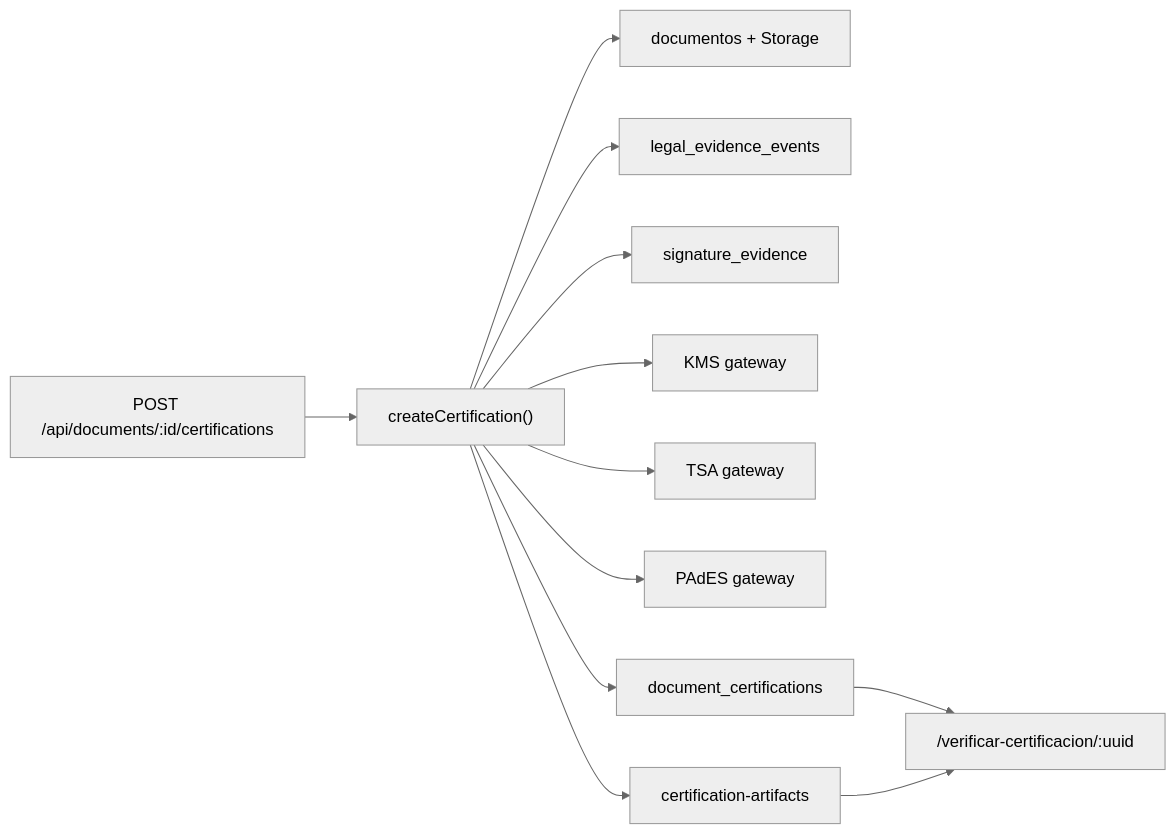
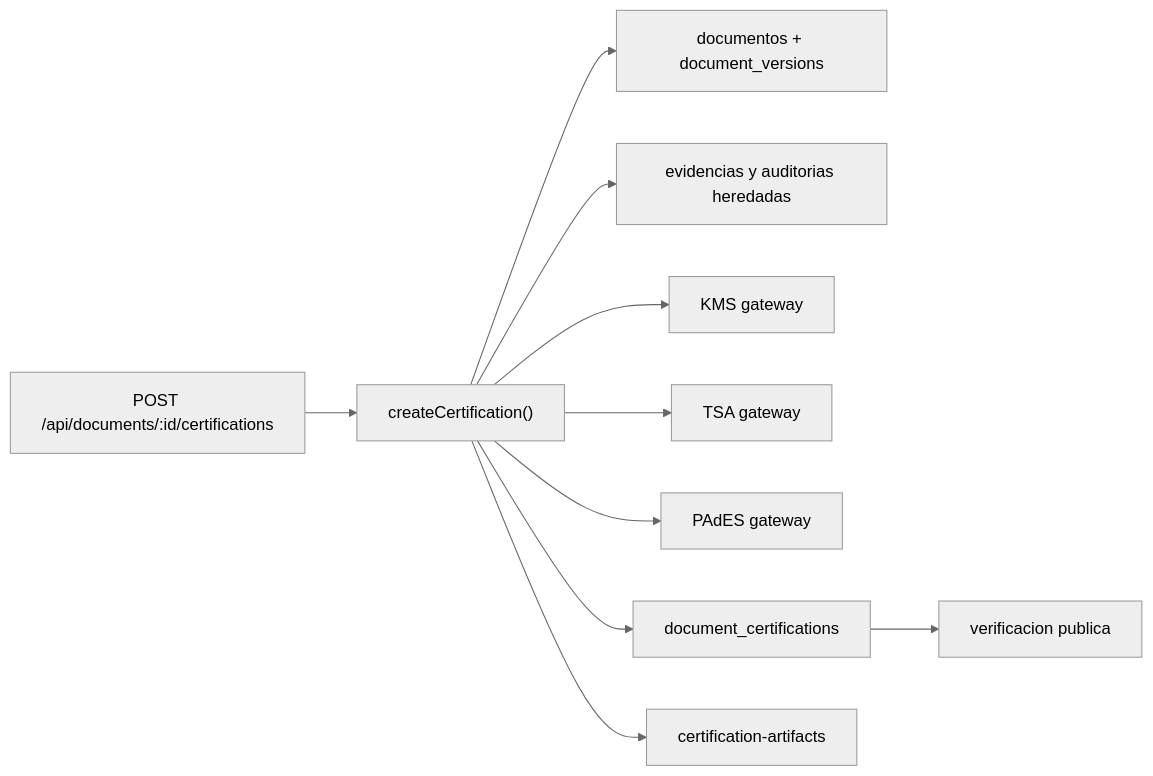
Before and after one commit to docuboxapp-art/docubox: the diagram in docs/crypto/current-state-inventory.md, drawn with Mermaid (neutral theme). The commit also changed other lines of this file and 86 other files, not shown here.

Commit message:
feat: integrate certification and document workflows

````diff
--- a/docs/crypto/current-state-inventory.md
+++ b/docs/crypto/current-state-inventory.md
@@ -38,14 +37,12 @@
 ```mermaid
 flowchart LR
   A["POST /api/documents/:id/certifications"] --> B["createCertification()"]
-  B --> C["documentos + Storage"]
-  B --> D["legal_evidence_events"]
-  B --> E["signature_evidence"]
-  B --> F["KMS gateway"]
-  B --> G["TSA gateway"]
-  B --> H["PAdES gateway"]
-  B --> I["document_certifications"]
-  B --> J["certification-artifacts"]
-  I --> K["/verificar-certificacion/:uuid"]
-  J --> K
+  B --> C["documentos + document_versions"]
+  B --> D["evidencias y auditorias heredadas"]
+  B --> E["KMS gateway"]
+  B --> F["TSA gateway"]
+  B --> G["PAdES gateway"]
+  B --> H["document_certifications"]
+  B --> I["certification-artifacts"]
+  H --> J["verificacion publica"]
 ```
````
